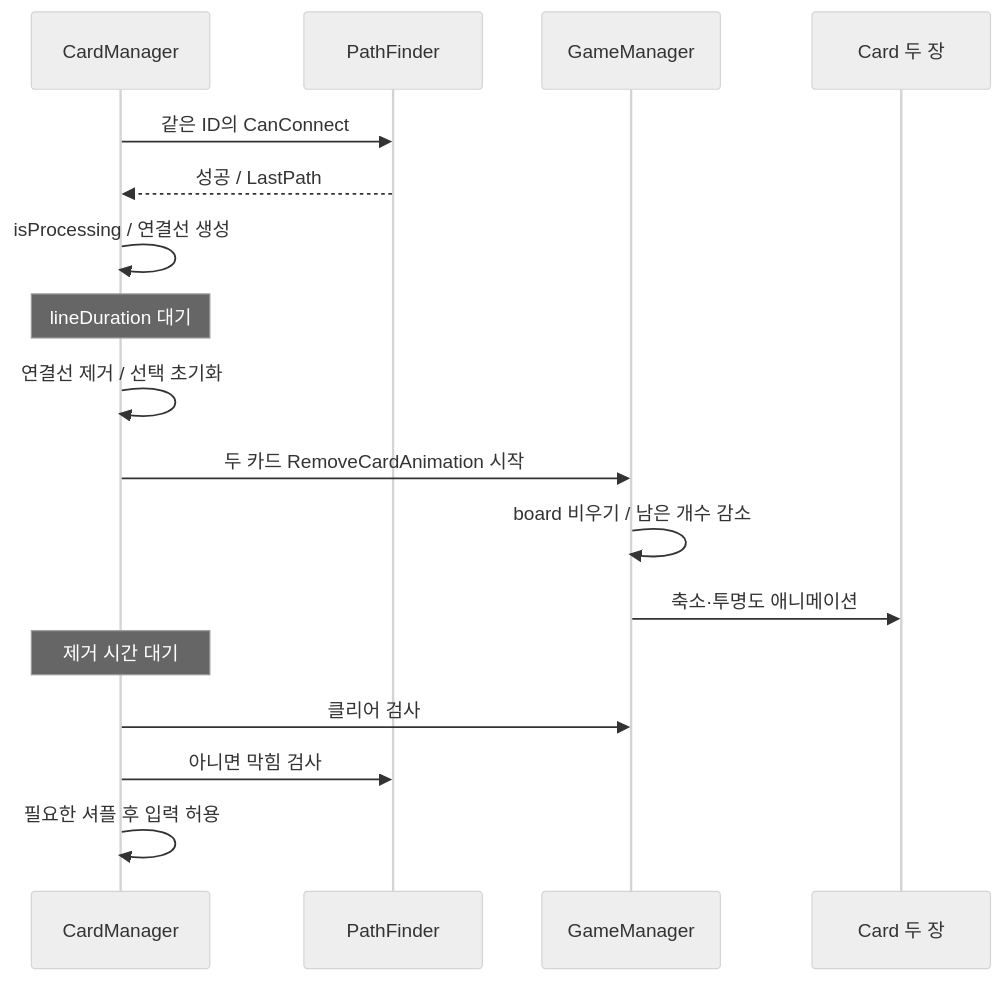
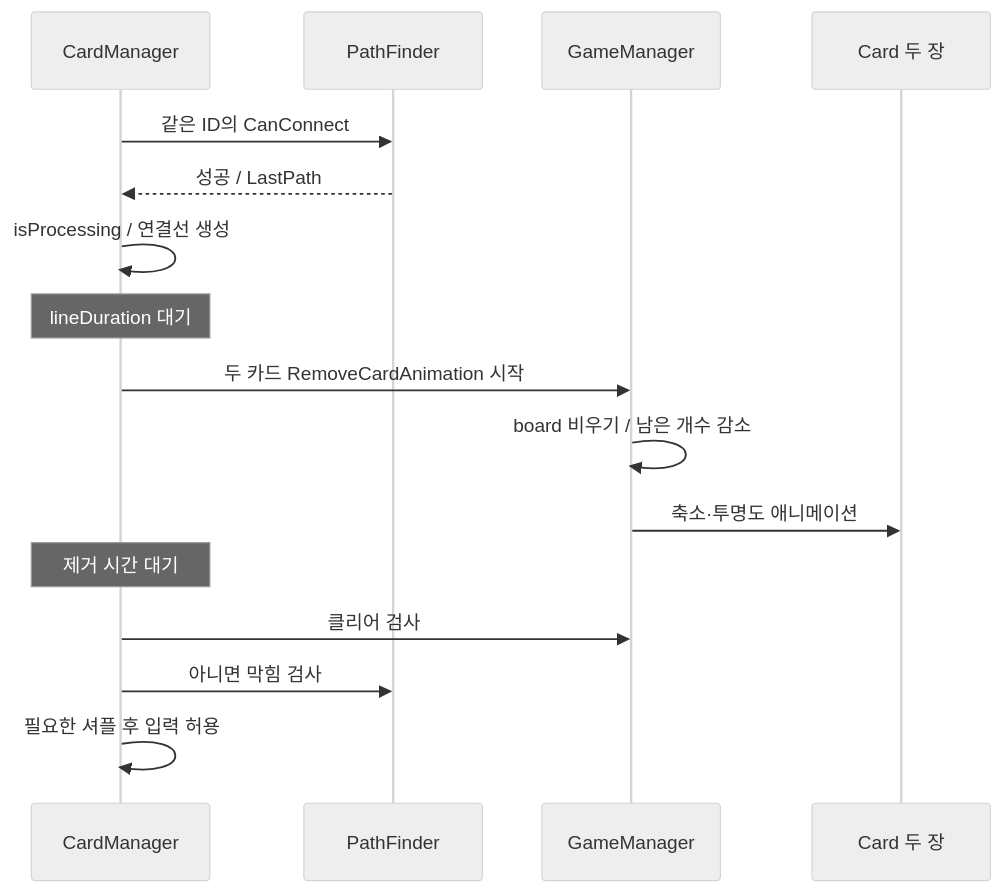
Before and after one commit to keeeery/portfolio: the second of 2 diagrams in src/1-SichuanSung/TechDoc_SichuanSung.md, drawn with Mermaid (neutral theme). The commit also changed other lines of this file and 3 other files, not shown here.

````diff
--- a/src/1-SichuanSung/TechDoc_SichuanSung.md
+++ b/src/1-SichuanSung/TechDoc_SichuanSung.md
@@ -271,19 +211,18 @@
 ```mermaid
 sequenceDiagram
     participant Input as CardManager
     participant Path as PathFinder
     participant Game as GameManager
     participant Card as Card 두 장
     Input->>Path: 같은 ID의 CanConnect
     Path-->>Input: 성공 / LastPath
     Input->>Input: isProcessing / 연결선 생성
     Note over Input: lineDuration 대기
-    Input->>Input: 연결선 제거 / 선택 초기화
     Input->>Game: 두 카드 RemoveCardAnimation 시작
     Game->>Game: board 비우기 / 남은 개수 감소
     Game->>Card: 축소·투명도 애니메이션
     Note over Input: 제거 시간 대기
     Input->>Game: 클리어 검사
     Input->>Path: 아니면 막힘 검사
     Input->>Input: 필요한 셔플 후 입력 허용
 ```
````
